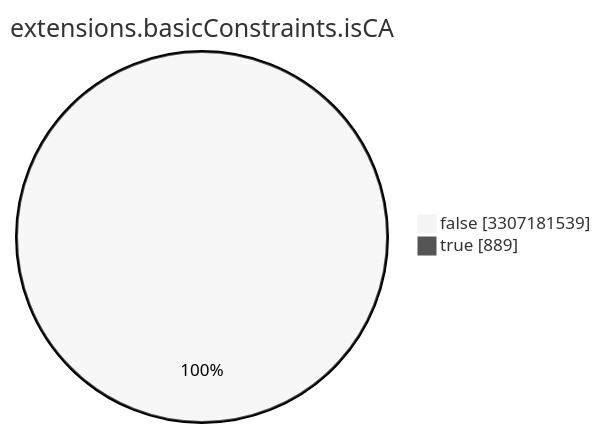
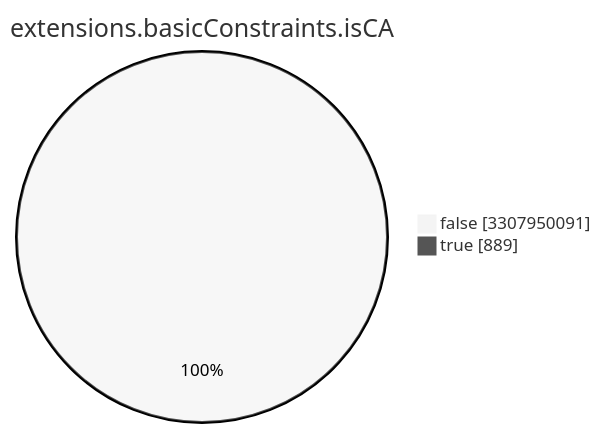
Before and after one commit to christiankrug/ctmonitor_visualization: the seventh of 15 diagrams in TOTAL/README.md, drawn with Mermaid (neutral theme). The commit also changed other lines of this file, not shown here.

````diff
--- a/TOTAL/README.md
+++ b/TOTAL/README.md
@@ -3089,6 +3089,6 @@
 ```mermaid
 pie showData
 title extensions.basicConstraints.isCA
-"false" :3307181539
+"false" :3307950091
 "true" :889
 ```
````
